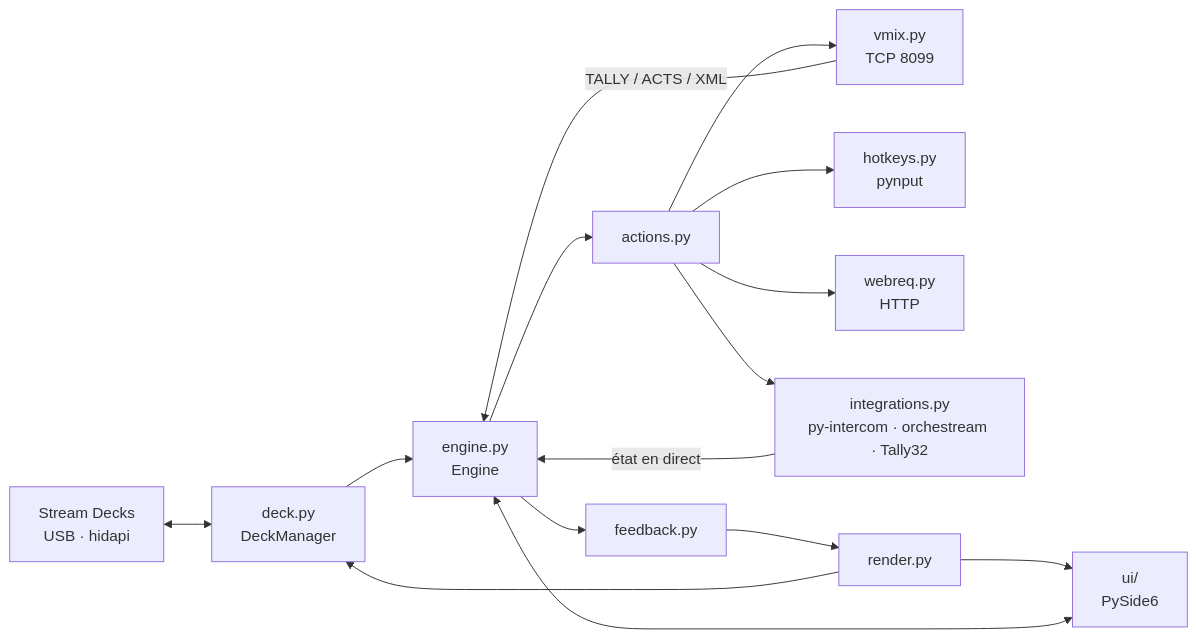
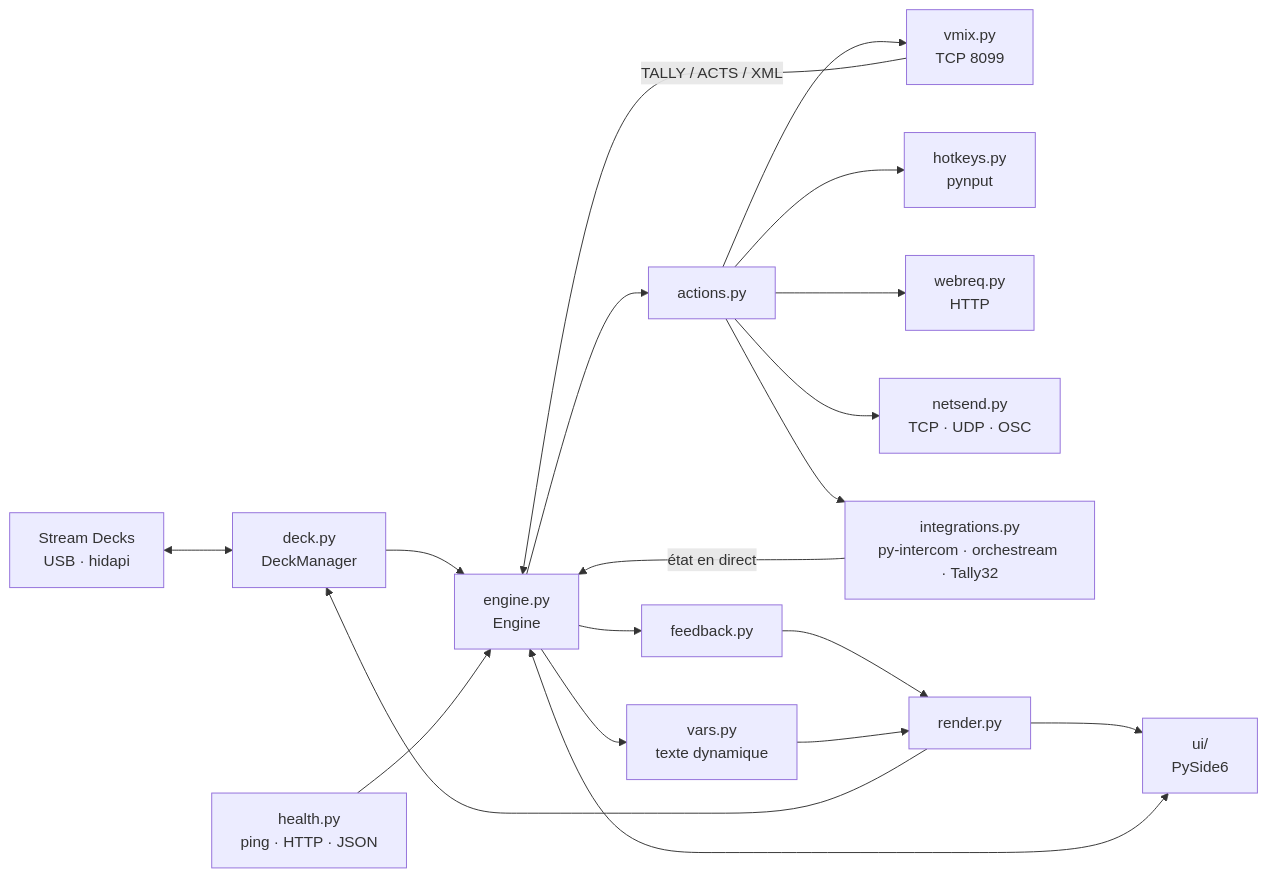
One commit to lfpoulain/py-livedeck changed the diagram in docs/architecture.md. Above: the diagram before and after it, drawn with Mermaid. The commit also changed other lines of this file and 38 other files, not shown here.

````diff
--- a/docs/architecture.md
+++ b/docs/architecture.md
@@ -7,15 +7,18 @@
 ```mermaid
 flowchart LR
     SD[Stream Decks<br/>USB · hidapi] <--> DM[deck.py<br/>DeckManager]
     DM --> E[engine.py<br/>Engine]
     UI[ui/<br/>PySide6] <--> E
     E --> A[actions.py]
     A --> VX[vmix.py<br/>TCP 8099]
     A --> HK[hotkeys.py<br/>pynput]
     A --> WR[webreq.py<br/>HTTP]
+    A --> NS[netsend.py<br/>TCP · UDP · OSC]
     A --> IN[integrations.py<br/>py-intercom · orchestream · Tally32]
     VX -- TALLY / ACTS / XML --> E
     IN -- état en direct --> E
+    HL[health.py<br/>ping · HTTP · JSON] --> E
     E --> FB[feedback.py] --> R[render.py] --> DM
+    E --> VA[vars.py<br/>texte dynamique] --> R
     R --> UI
 ```
````
